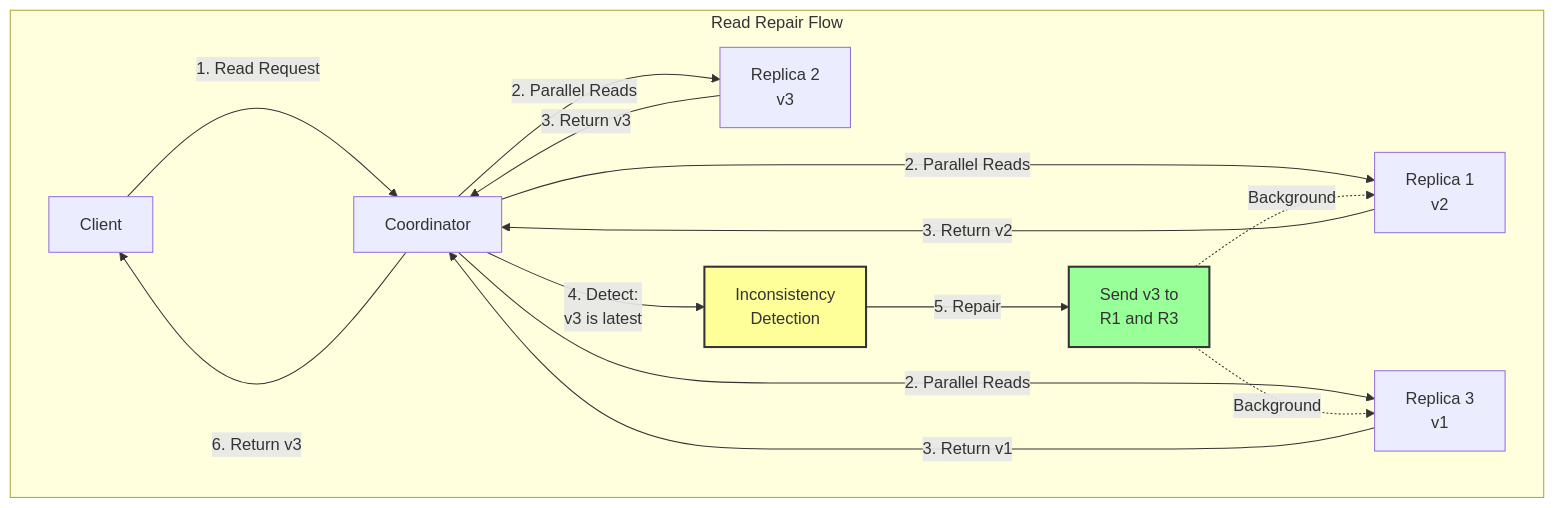
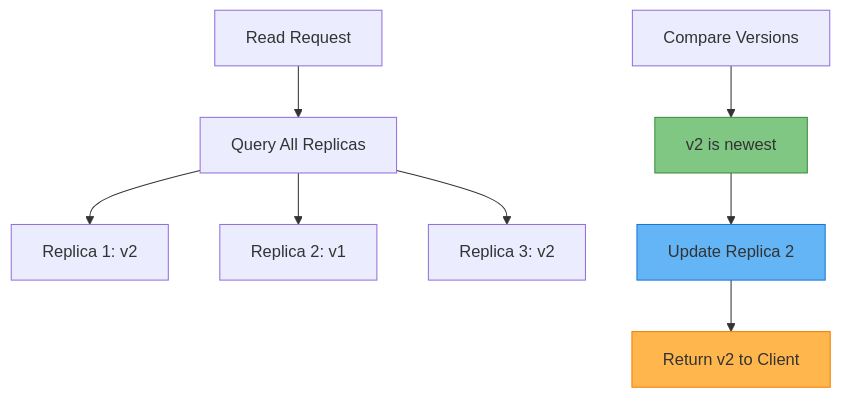
One commit to deepaucksharma/DStudio changed the first of 6 diagrams in docs/pattern-library/data-management/read-repair.md. Above: the diagram before and after it, drawn with Mermaid. The commit also changed other lines of this file and 191 other files, not shown here.

````diff
--- a/docs/pattern-library/data-management/read-repair.md
+++ b/docs/pattern-library/data-management/read-repair.md
@@ -94,26 +82,15 @@
 ```mermaid
 graph TB
-    subgraph "Read Repair Flow"
-        C[Client] -->|1. Read Request| COORD[Coordinator]
-        
-        COORD -->|2. Parallel Reads| R1[Replica 1<br/>v2]
-        COORD -->|2. Parallel Reads| R2[Replica 2<br/>v3]
-        COORD -->|2. Parallel Reads| R3[Replica 3<br/>v1]
-        
-        R1 -->|3. Return v2| COORD
-        R2 -->|3. Return v3| COORD
-        R3 -->|3. Return v1| COORD
-        
-        COORD -->|4. Detect:<br/>v3 is latest| DETECT[Inconsistency<br/>Detection]
-        
-        DETECT -->|5. Repair| REPAIR[Send v3 to<br/>R1 and R3]
-        
-        COORD -->|6. Return v3| C
-        
-        REPAIR -.->|Background| R1
-        REPAIR -.->|Background| R3
-    end
+    A[Read Request] --> B[Query All Replicas]
+    B --> C[Replica 1: v2]
+    B --> D[Replica 2: v1]
+    B --> E[Replica 3: v2]
     
-    style DETECT fill:#ff9,stroke:#333,stroke-width:2px
-    style REPAIR fill:#9f9,stroke:#333,stroke-width:2px
+    F[Compare Versions] --> G[v2 is newest]
+    G --> H[Update Replica 2]
+    H --> I[Return v2 to Client]
+    
+    style G fill:#81c784,stroke:#388e3c
+    style H fill:#64b5f6,stroke:#1976d2
+    style I fill:#ffb74d,stroke:#f57c00
 ```
````
